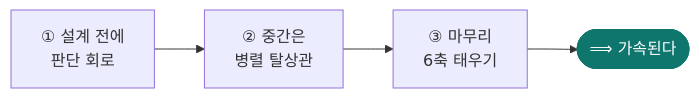
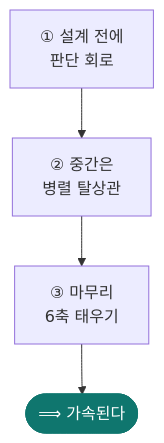
One commit to chrono-code/forge-harness changed the first of 2 diagrams in README.ko.md. Above: the diagram before and after it, drawn with Mermaid. The commit also changed other lines of this file and 3 other files, not shown here.

First line of the commit message:
docs(readme): mermaid 두 블록을 LR → TD — GitHub 컨트롤에 마지막 노드가 가린다

````diff
--- a/README.ko.md
+++ b/README.ko.md
@@ -350,9 +350,9 @@
 ```mermaid
-flowchart LR
+flowchart TD
   S["① 설계 전에<br/>판단 회로"]
   P["② 중간은<br/>병렬 탈상관"]
   B["③ 마무리<br/>6축 태우기"]
   A(["⟹ 가속된다"])
   S --> P --> B --> A
   style A fill:#0f766e,stroke:#0f766e,color:#fff
 ```
````
